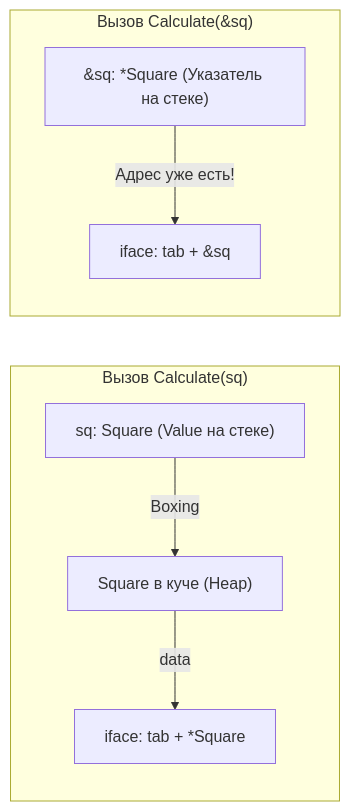
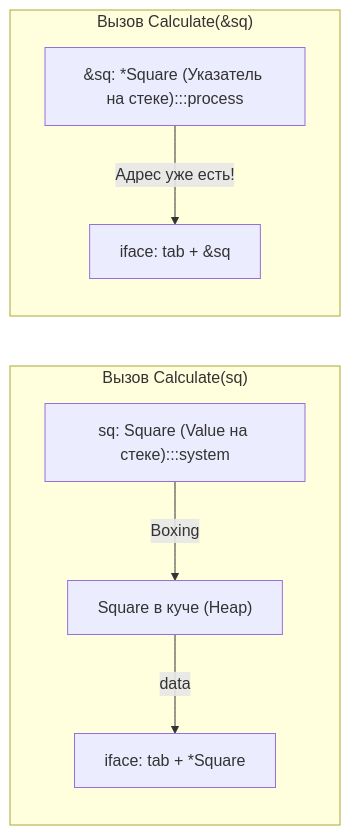
The second of 2 diagrams in sources/7. Глубокий Go (Внутреннее устройство)/36. Interface Boxing и hidden allocation.md (UnrealTemplier/go-textbook), drawn with Mermaid before and after one commit. The commit also changed other lines of this file and 1666 other files, not shown here.

First line of the commit message:
feat(mermaid): add semantic color classDef to 1369 colorless flowchart/graph diagrams

````diff
--- a/sources/7. Глубокий Go (Внутреннее устройство)/36. Interface Boxing и hidden allocation.md
+++ b/sources/7. Глубокий Go (Внутреннее устройство)/36. Interface Boxing и hidden allocation.md
@@ -116,11 +126,21 @@
 ```mermaid
 flowchart LR
+    classDef process  fill:#1e293b,stroke:#38bdf8,stroke-width:1px,color:#f8fafc
+    classDef success  fill:#064e3b,stroke:#34d399,stroke-width:1px,color:#f8fafc
+    classDef error    fill:#7f1d1d,stroke:#f87171,stroke-width:1px,color:#f8fafc
+    classDef warning  fill:#78350f,stroke:#fbbf24,stroke-width:1px,color:#f8fafc
+    classDef entry    fill:#1e3a5f,stroke:#38bdf8,stroke-width:2px,color:#f8fafc
+    classDef aux      fill:#334155,stroke:#64748b,stroke-width:1px,color:#f8fafc
+    classDef system   fill:#312e81,stroke:#a78bfa,stroke-width:1px,color:#f8fafc
+    classDef data     fill:#132d29,stroke:#2dd4bf,stroke-width:1px,color:#f8fafc
+    classDef network  fill:#881337,stroke:#fb7185,stroke-width:1px,color:#f8fafc
+    classDef accent   fill:#1e1b4b,stroke:#818cf8,stroke-width:1px,color:#f8fafc
     subgraph BAD_CALL ["Вызов Calculate(sq)"]
-        V_SQ["sq: Square (Value на стеке)"] -->|"Boxing"| H_SQ["Square в куче (Heap)"]
+        V_SQ["sq: Square (Value на стеке):::system"] -->|"Boxing"| H_SQ["Square в куче (Heap)"]
         H_SQ -->|"data"| IFACE1["iface: tab + *Square"]
     end
     
     subgraph GOOD_CALL ["Вызов Calculate(&sq)"]
-        P_SQ["&sq: *Square (Указатель на стеке)"] -->|"Адрес уже есть!"| IFACE2["iface: tab + &sq"]
+        P_SQ["&sq: *Square (Указатель на стеке):::process"] -->|"Адрес уже есть!"| IFACE2["iface: tab + &sq"]
     end
 ```
````
